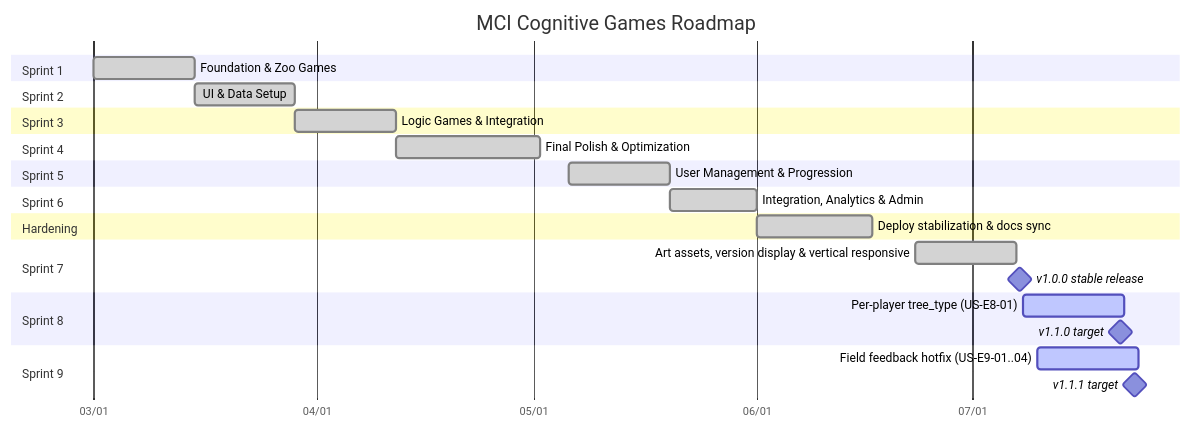
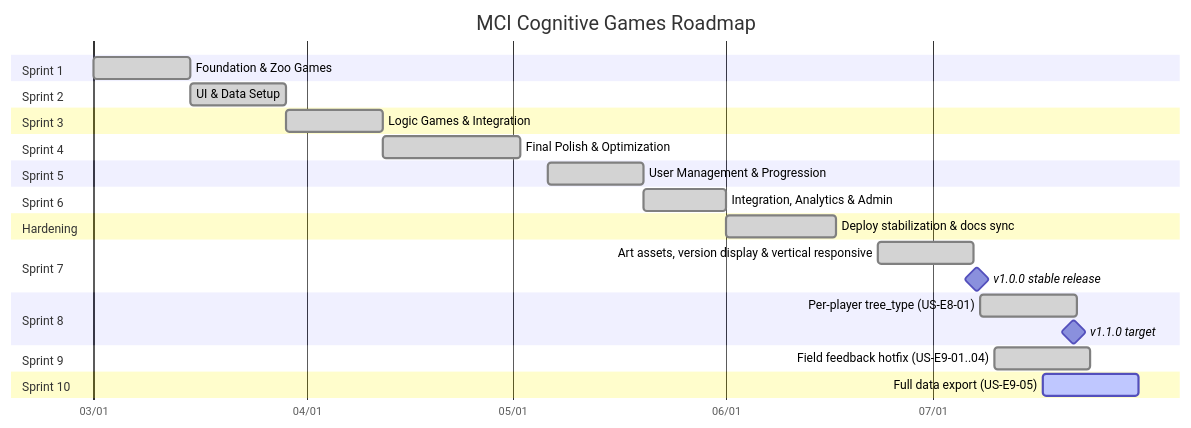
The diagram in docs/agile/02-sprint-planning.md (ChayutChanmueang/mci-cognitive-game-hub-dev-deploy), drawn with Mermaid before and after one commit. The commit also changed other lines of this file and 10 other files, not shown here.

````diff
--- a/docs/agile/02-sprint-planning.md
+++ b/docs/agile/02-sprint-planning.md
@@ -24,29 +24,30 @@
 ```mermaid
 gantt
     title MCI Cognitive Games Roadmap
     dateFormat  YYYY-MM-DD
     axisFormat  %m/%d
     section Sprint 1
     Foundation & Zoo Games :done, s1, 2026-03-01, 14d
     section Sprint 2
     UI & Data Setup        :done, s2, 2026-03-15, 14d
     section Sprint 3
     Logic Games & Integration :done, s3, 2026-03-29, 14d
     section Sprint 4
     Final Polish & Optimization :done, s4, 2026-04-12, 20d
     section Sprint 5
     User Management & Progression :done, s5, 2026-05-06, 14d
     section Sprint 6
     Integration, Analytics & Admin :done, s6, 2026-05-20, 12d
     section Hardening
     Deploy stabilization & docs sync :done, harden, 2026-06-01, 16d
     section Sprint 7
     Art assets, version display & vertical responsive :done, s7, 2026-06-23, 14d
     v1.0.0 stable release :milestone, rel10, 2026-07-07, 1d
     section Sprint 8
-    Per-player tree_type (US-E8-01) :active, s8, 2026-07-08, 14d
+    Per-player tree_type (US-E8-01) :done, s8, 2026-07-08, 14d
     v1.1.0 target :milestone, rel11, 2026-07-21, 1d
     section Sprint 9
-    Field feedback hotfix (US-E9-01..04) :active, s9, 2026-07-10, 14d
-    v1.1.1 target :milestone, rel111, 2026-07-23, 1d
+    Field feedback hotfix (US-E9-01..04) :done, s9, 2026-07-10, 14d
+    section Sprint 10
+    Full data export (US-E9-05) :active, s10, 2026-07-17, 14d
 ```
````
